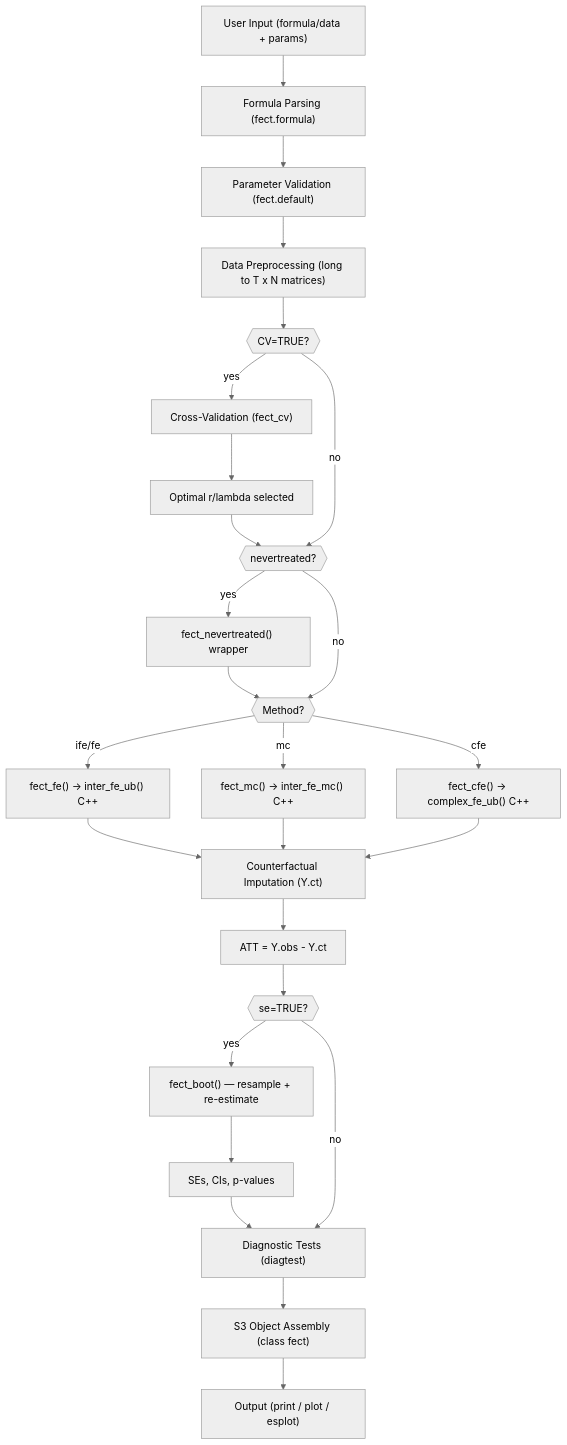
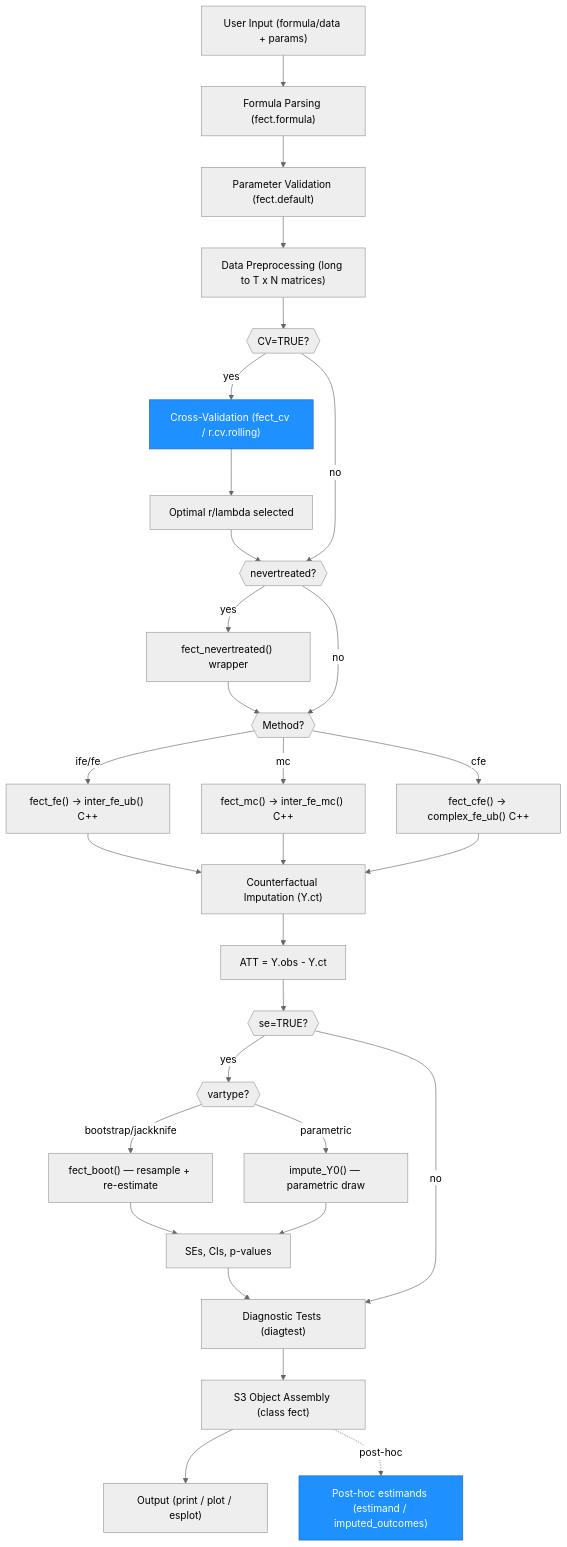
Before and after one commit to xuyiqing/fect: the fourth of 4 diagrams in ARCHITECTURE.md, drawn with Mermaid. The commit also changed other lines of this file and 6 other files, not shown here.

First line of the commit message:
release v2.4.1 prep: docs (NEWS, bb-updates, README, ch1, ARCHITECTURE) + CI restructure

````diff
--- a/ARCHITECTURE.md
+++ b/ARCHITECTURE.md
@@ -251,51 +302,61 @@
 ```mermaid
 %%{init: {'theme': 'neutral'}}%%
 graph TD
     IN["User Input (formula/data + params)"]
     FP["Formula Parsing (fect.formula)"]
     PV["Parameter Validation (fect.default)"]
     DP["Data Preprocessing (long to T x N matrices)"]
     CV{{"CV=TRUE?"}}
-    CVR["Cross-Validation (fect_cv)"]
+    CVR["Cross-Validation (fect_cv / r.cv.rolling)"]
     OPT["Optimal r/lambda selected"]
     NT{{"nevertreated?"}}
     NTW["fect_nevertreated() wrapper"]
     MR{{"Method?"}}
     IFE["fect_fe() -> inter_fe_ub() C++"]
     MC["fect_mc() -> inter_fe_mc() C++"]
     CFE["fect_cfe() -> complex_fe_ub() C++"]
     CI["Counterfactual Imputation (Y.ct)"]
     ATT["ATT = Y.obs - Y.ct"]
     SE{{"se=TRUE?"}}
+    VT{{"vartype?"}}
     BOOT["fect_boot() — resample + re-estimate"]
+    PARA["impute_Y0() — parametric draw"]
     SECI["SEs, CIs, p-values"]
     DIAG["Diagnostic Tests (diagtest)"]
     OBJ["S3 Object Assembly (class fect)"]
     OUT["Output (print / plot / esplot)"]
+    PE["Post-hoc estimands (estimand / imputed_outcomes)"]
+
+    style CVR fill:#1e90ff,stroke:#1565c0,color:#fff
+    style PE fill:#1e90ff,stroke:#1565c0,color:#fff
 
     IN --> FP
     FP --> PV
     PV --> DP
     DP --> CV
     CV -- yes --> CVR
     CVR --> OPT
     OPT --> NT
     CV -- no --> NT
     NT -- yes --> NTW
     NTW --> MR
     NT -- no --> MR
     MR -- ife/fe --> IFE
     MR -- mc --> MC
     MR -- cfe --> CFE
     IFE --> CI
     MC --> CI
     CFE --> CI
     CI --> ATT
     ATT --> SE
-    SE -- yes --> BOOT
+    SE -- yes --> VT
+    VT -- bootstrap/jackknife --> BOOT
+    VT -- parametric --> PARA
     BOOT --> SECI
+    PARA --> SECI
     SECI --> DIAG
     SE -- no --> DIAG
     DIAG --> OBJ
     OBJ --> OUT
+    OBJ -.->|"post-hoc"| PE
 ```
````
